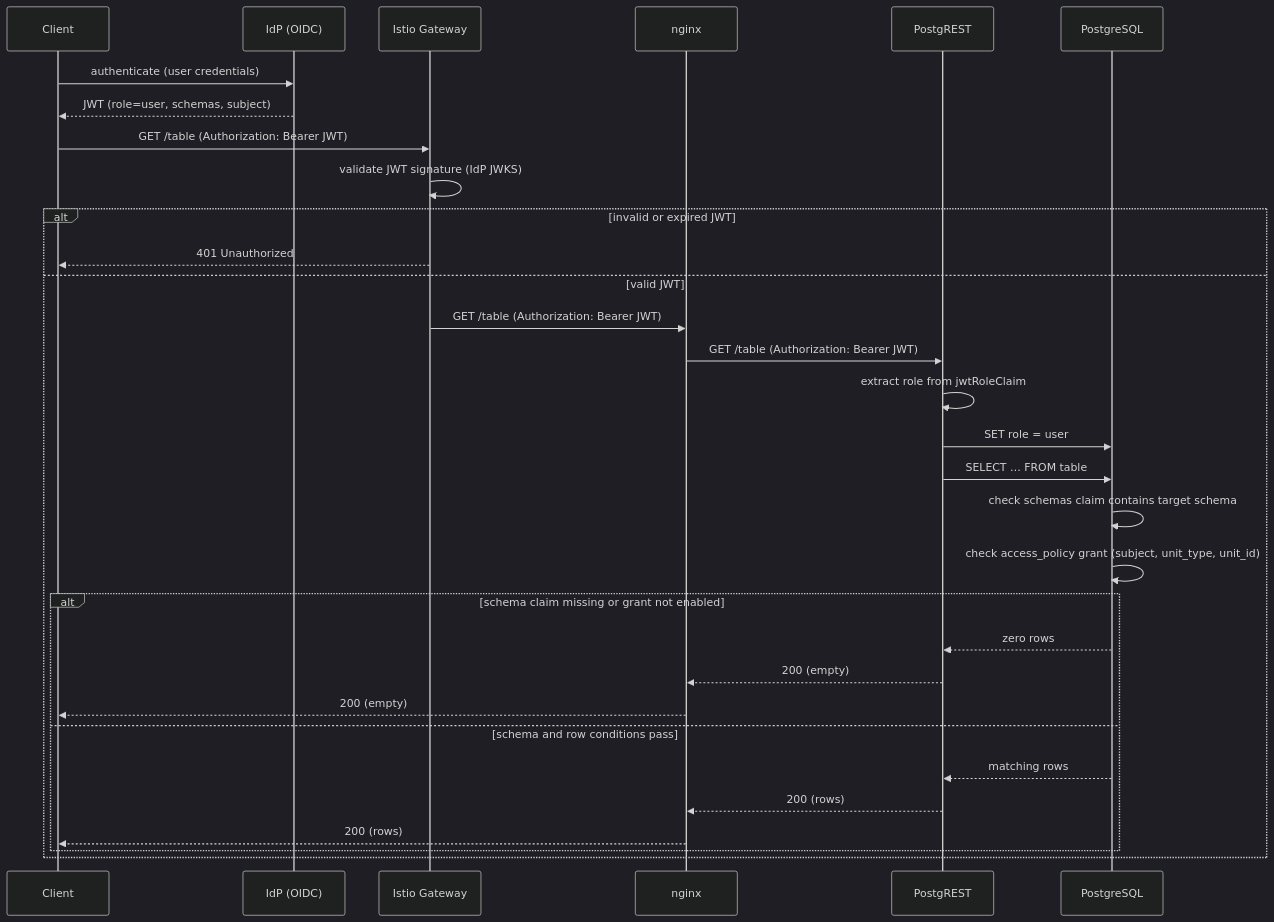
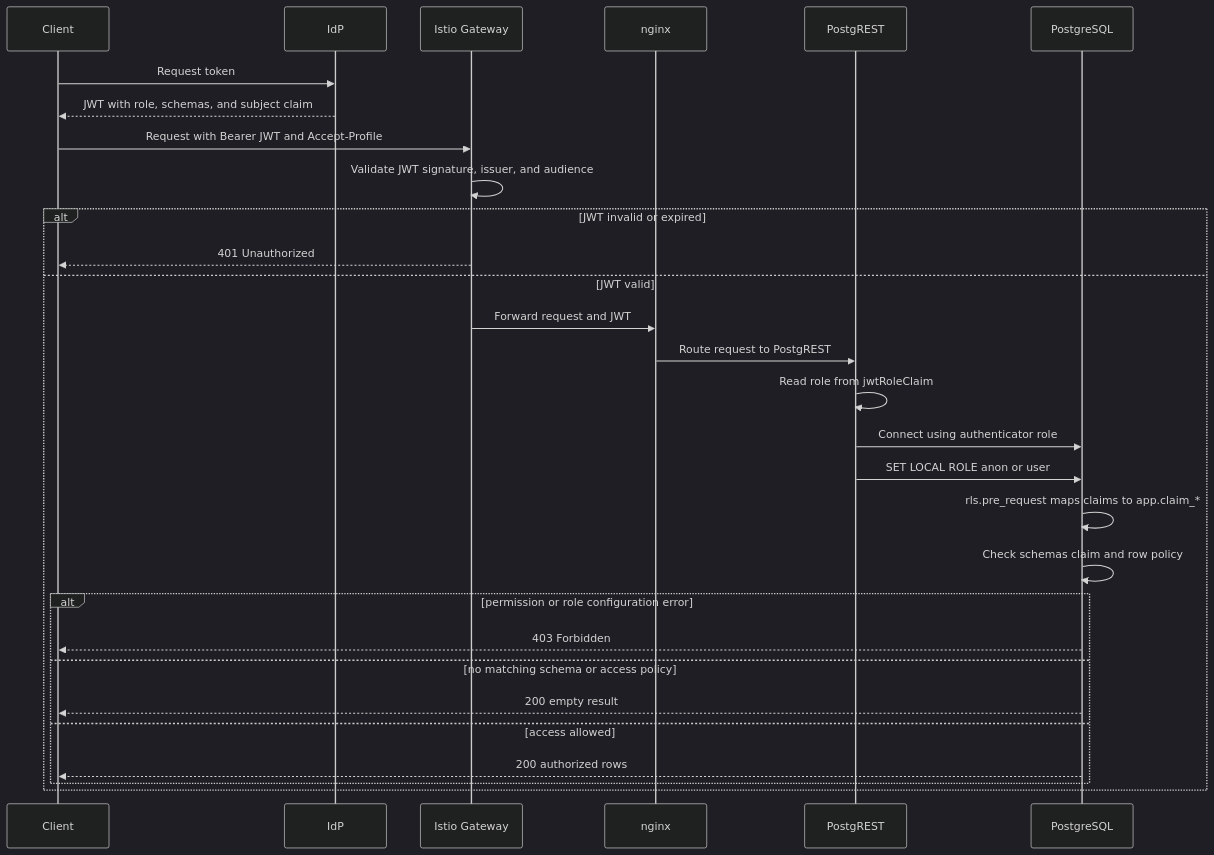
The first of 2 diagrams in docs/security.md (prefeitura-rio/data-proxy), drawn with Mermaid (dark theme) before and after one commit. The commit also changed other lines of this file and 10 other files, not shown here.

Commit message:
docs: update architecture and operations documentation

````diff
--- a/docs/security.md
+++ b/docs/security.md
@@ -18,34 +51,32 @@
 ```mermaid
 sequenceDiagram
     participant C as Client
-    participant I as IdP (OIDC)
+    participant I as IdP
     participant G as Istio Gateway
     participant N as nginx
     participant P as PostgREST
     participant DB as PostgreSQL
 
-    C->>I: authenticate (user credentials)
-    I-->>C: JWT (role=user, schemas, subject)
-    C->>G: GET /table (Authorization: Bearer JWT)
-    G->>G: validate JWT signature (IdP JWKS)
-    alt invalid or expired JWT
+    C->>I: Request token
+    I-->>C: JWT with role, schemas, and subject claim
+    C->>G: Request with Bearer JWT and Accept-Profile
+    G->>G: Validate JWT signature, issuer, and audience
+    alt JWT invalid or expired
         G-->>C: 401 Unauthorized
-    else valid JWT
-        G->>N: GET /table (Authorization: Bearer JWT)
-        N->>P: GET /table (Authorization: Bearer JWT)
-        P->>P: extract role from jwtRoleClaim
-        P->>DB: SET role = user
-        P->>DB: SELECT … FROM table
-        DB->>DB: check schemas claim contains target schema
-        DB->>DB: check access_policy grant (subject, unit_type, unit_id)
-        alt schema claim missing or grant not enabled
-            DB-->>P: zero rows
-            P-->>N: 200 (empty)
-            N-->>C: 200 (empty)
-        else schema and row conditions pass
-            DB-->>P: matching rows
-            P-->>N: 200 (rows)
-            N-->>C: 200 (rows)
+    else JWT valid
+        G->>N: Forward request and JWT
+        N->>P: Route request to PostgREST
+        P->>P: Read role from jwtRoleClaim
+        P->>DB: Connect using authenticator role
+        P->>DB: SET LOCAL ROLE anon or user
+        DB->>DB: rls.pre_request maps claims to app.claim_*
+        DB->>DB: Check schemas claim and row policy
+        alt permission or role configuration error
+            DB-->>C: 403 Forbidden
+        else no matching schema or access policy
+            DB-->>C: 200 empty result
+        else access allowed
+            DB-->>C: 200 authorized rows
         end
     end
 ```
````
